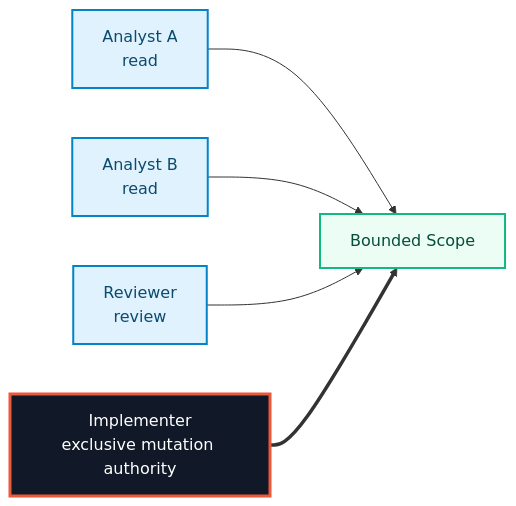
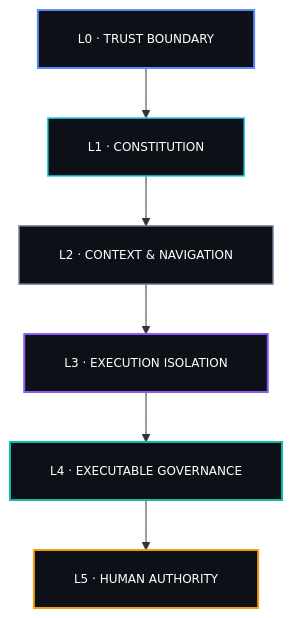
The sixth of 7 diagrams in README.md (drferdii/Monorepo-safrs), drawn with Mermaid before and after one commit. The commit also changed other lines of this file, not shown here.

````diff
--- a/README.md
+++ b/README.md
@@ -583,21 +894,30 @@
 ```mermaid
-flowchart LR
-    A1["Analyst A<br/>read"]
-    A2["Analyst B<br/>read"]
-    R["Reviewer<br/>review"]
-    I["Implementer<br/>exclusive mutation authority"]
-    Scope["Bounded Scope"]
+%%{init: {"flowchart": {"htmlLabels": false, "padding": 20}, "themeVariables": {"fontFamily": "monospace", "fontSize": "12px"}}}%%
+flowchart TB
+  L0["L0 · TRUST BOUNDARY"]
+  L1["L1 · CONSTITUTION"]
+  L2["L2 · CONTEXT & NAVIGATION"]
+  L3["L3 · EXECUTION ISOLATION"]
+  L4["L4 · EXECUTABLE GOVERNANCE"]
+  L5["L5 · HUMAN AUTHORITY"]
 
-    A1 --> Scope
-    A2 --> Scope
-    R --> Scope
-    I ==> Scope
+  L0 --> L1
+  L1 --> L2
+  L2 --> L3
+  L3 --> L4
+  L4 --> L5
 
-    classDef read fill:#E0F2FE,stroke:#0284C7,color:#0C4A6E,stroke-width:2px;
-    classDef write fill:#111827,stroke:#EB5939,color:#FFFFFF,stroke-width:3px;
-    classDef target fill:#ECFDF5,stroke:#10B981,color:#064E3B,stroke-width:2px;
+  classDef authority fill:#0D1117,stroke:#F59E0B,color:#ffffff,stroke-width:2px;
+  classDef agent fill:#0D1117,stroke:#8B5CF6,color:#ffffff,stroke-width:2px;
+  classDef control fill:#0D1117,stroke:#14B8A6,color:#ffffff,stroke-width:2px;
+  classDef core fill:#0D1117,stroke:#5B8CFF,color:#ffffff,stroke-width:2px;
+  classDef shared fill:#0D1117,stroke:#64748B,color:#ffffff,stroke-width:1.5px;
+  classDef surface fill:#0D1117,stroke:#22D3EE,color:#ffffff,stroke-width:1.5px;
 
-    class A1,A2,R read;
-    class I write;
-    class Scope target;
+  class L5 authority;
+  class L3 agent;
+  class L4 control;
+  class L0 core;
+  class L2 shared;
+  class L1 surface;
 ```
````
